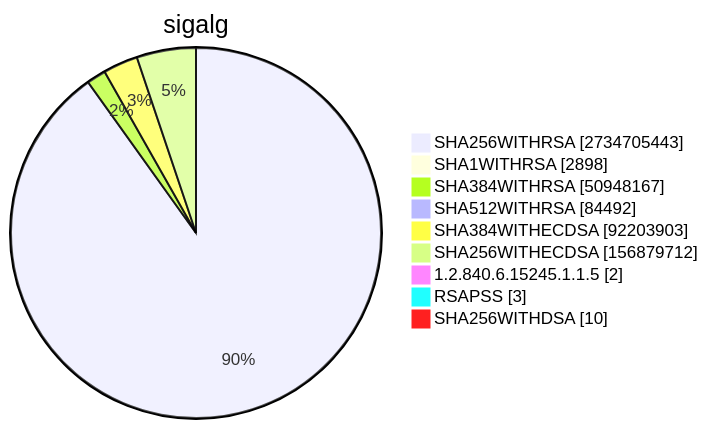
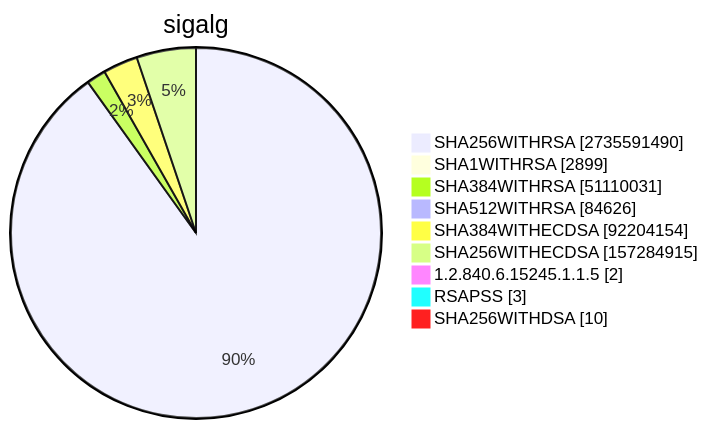
Diagram 15 of 15 in TOTAL/README.md (christiankrug/ctmonitor_visualization), drawn with Mermaid before and after one commit. The commit also changed other lines of this file, not shown here.

````diff
--- a/TOTAL/README.md
+++ b/TOTAL/README.md
@@ -6199,13 +6199,13 @@
 ```mermaid
 pie showData
 title sigalg
-"SHA256WITHRSA" :2734705443
-"SHA1WITHRSA" :2898
-"SHA384WITHRSA" :50948167
-"SHA512WITHRSA" :84492
-"SHA384WITHECDSA" :92203903
-"SHA256WITHECDSA" :156879712
+"SHA256WITHRSA" :2735591490
+"SHA1WITHRSA" :2899
+"SHA384WITHRSA" :51110031
+"SHA512WITHRSA" :84626
+"SHA384WITHECDSA" :92204154
+"SHA256WITHECDSA" :157284915
 "1.2.840.6.15245.1.1.5" :2
 "RSAPSS" :3
 "SHA256WITHDSA" :10
 ```
````
